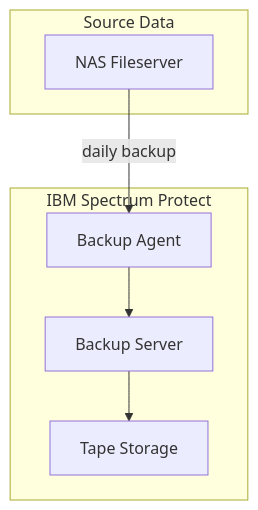
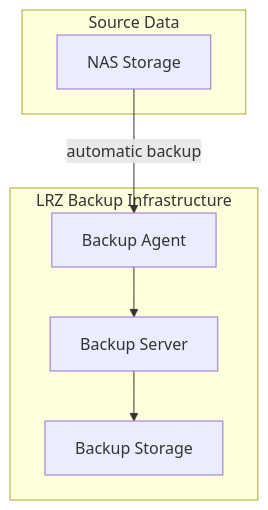
Before and after one commit to jtimo/tum-ito-admin-guide: the third of 5 diagrams in en/chapters/06-storage-backup.qmd, drawn with Mermaid. The commit also changed other lines of this file and 21 other files, not shown here.

````diff
--- a/en/chapters/06-storage-backup.qmd
+++ b/en/chapters/06-storage-backup.qmd
@@ -118,17 +122,17 @@
 ```{mermaid}
 %%| fig-cap: "Backup Architecture"
 flowchart TB
     subgraph Source["Source Data"]
-        NAS["NAS Fileserver"]
+        NAS["NAS Storage"]
     end
 
-    subgraph Backup["IBM Spectrum Protect"]
+    subgraph Backup["LRZ Backup Infrastructure"]
         Agent["Backup Agent"]
         Server["Backup Server"]
-        Tape["Tape Storage"]
+        Storage["Backup Storage"]
     end
 
-    NAS --> |daily backup| Agent
+    NAS --> |automatic backup| Agent
     Agent --> Server
-    Server --> Tape
+    Server --> Storage
 ```
````
